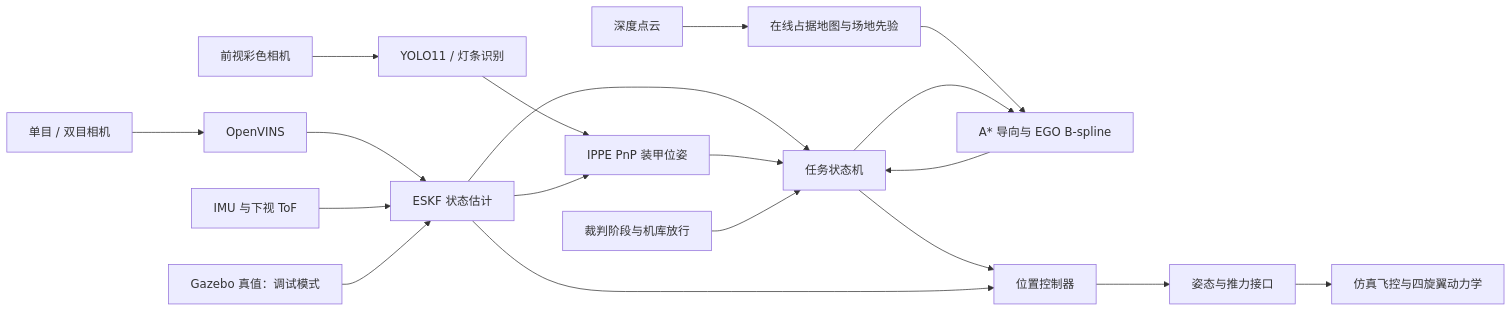
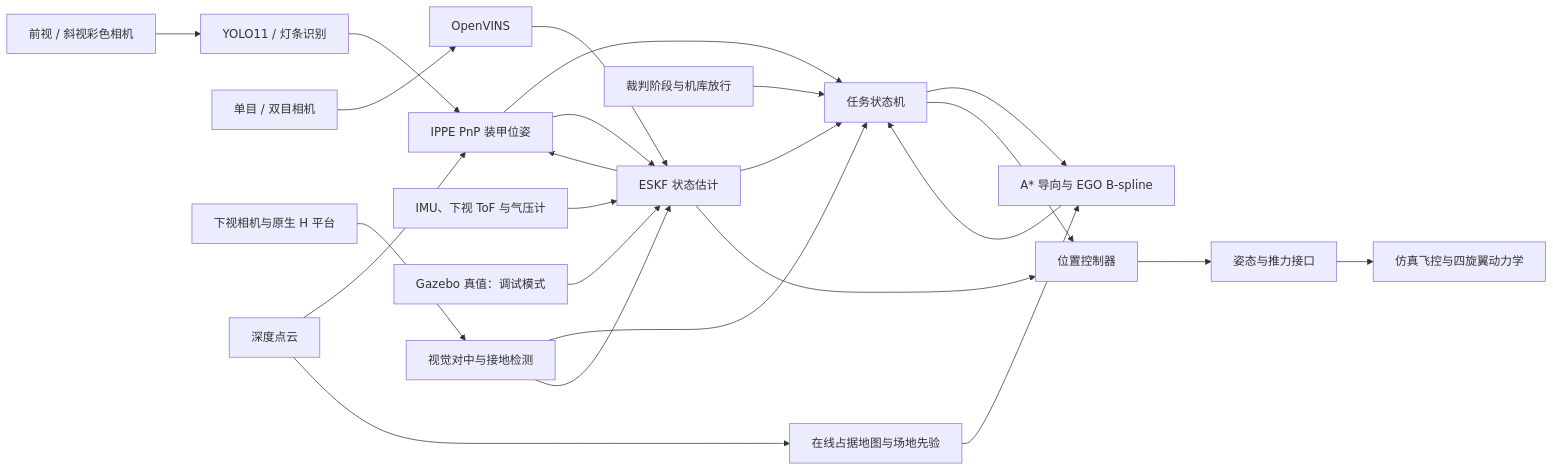
Before and after one commit to abing-coder/RM27_DRONE: the diagram in README.md, drawn with Mermaid. The commit also changed other lines of this file and 59 other files, not shown here.

````diff
--- a/README.md
+++ b/README.md
@@ -54,21 +62,26 @@
 ```mermaid
 flowchart LR
-    RGB[前视彩色相机] --> DET[YOLO11 / 灯条识别]
+    RGB[前视 / 斜视彩色相机] --> DET[YOLO11 / 灯条识别]
     DET --> PNP[IPPE PnP 装甲位姿]
     STEREO[单目 / 双目相机] --> VIO[OpenVINS]
     VIO --> EST[ESKF 状态估计]
-    IMU[IMU 与下视 ToF] --> EST
+    IMU[IMU、下视 ToF 与气压计] --> EST
     GT[Gazebo 真值：调试模式] --> EST
     EST --> PNP
     EST --> MISSION[任务状态机]
     PNP --> MISSION
+    DOWN[下视相机与原生 H 平台] --> LAND[视觉对中与接地检测]
+    LAND --> MISSION
+    LAND --> EST
+    PNP --> EST
+    DEPTH --> PNP
     REF[裁判阶段与机库放行] --> MISSION
     DEPTH[深度点云] --> MAP[在线占据地图与场地先验]
     MAP --> PLAN[A* 导向与 EGO B-spline]
     MISSION --> PLAN
     PLAN --> MISSION
     MISSION --> CTRL[位置控制器]
     EST --> CTRL
     CTRL --> FC[姿态与推力接口]
     FC --> SIM[仿真飞控与四旋翼动力学]
 ```
````
